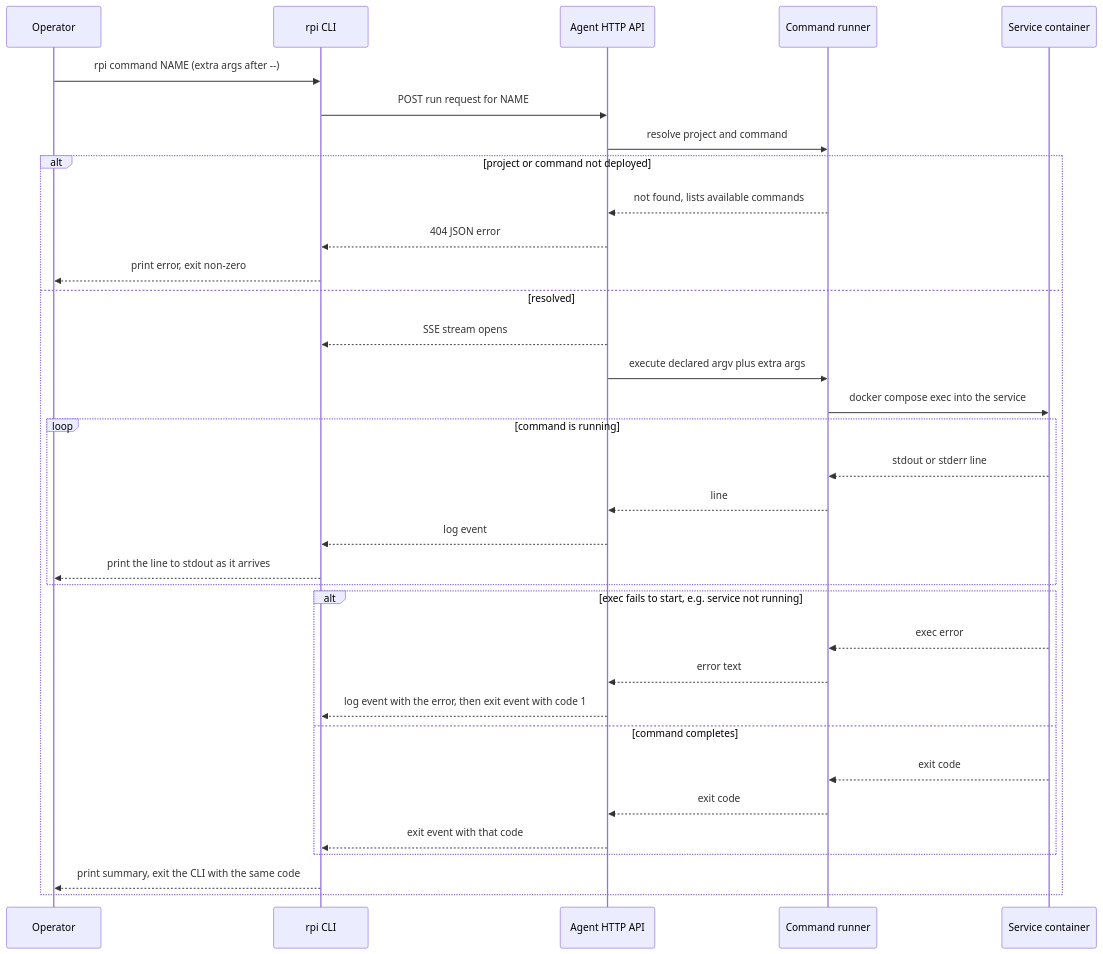
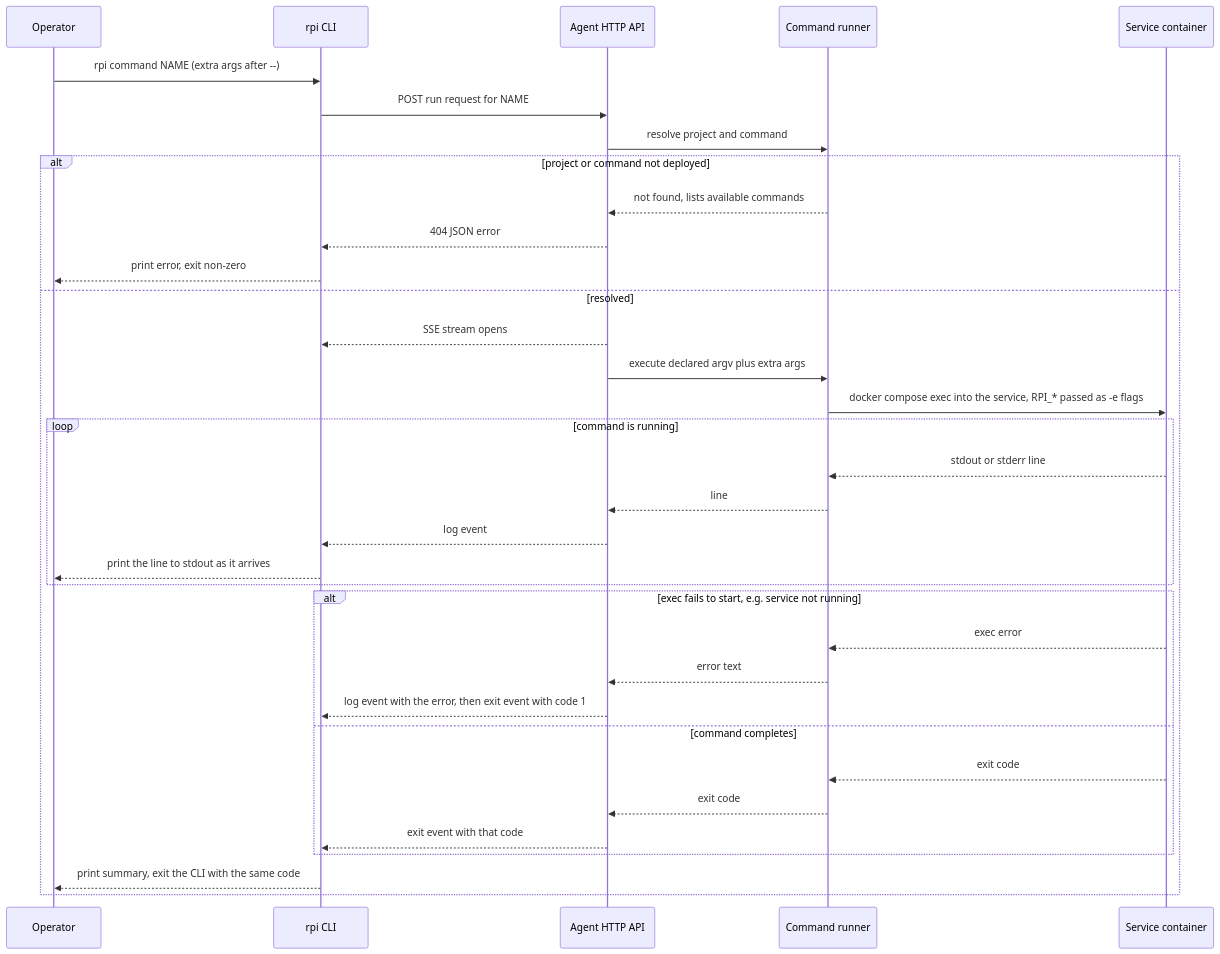
Before and after one commit to khmilevoi/pi-deploy: the diagram in docs/architecture/flows/commands.md, drawn with Mermaid. The commit also changed other lines of this file and 7 other files, not shown here.

````diff
--- a/docs/architecture/flows/commands.md
+++ b/docs/architecture/flows/commands.md
@@ -10,37 +10,37 @@
 ```mermaid
 sequenceDiagram
     participant Op as Operator
     participant CLI as rpi CLI
     participant Agent as Agent HTTP API
     participant Runner as Command runner
     participant Svc as Service container
 
     Op->>CLI: rpi command NAME (extra args after --)
     CLI->>Agent: POST run request for NAME
     Agent->>Runner: resolve project and command
     alt project or command not deployed
         Runner-->>Agent: not found, lists available commands
         Agent-->>CLI: 404 JSON error
         CLI-->>Op: print error, exit non-zero
     else resolved
         Agent-->>CLI: SSE stream opens
         Agent->>Runner: execute declared argv plus extra args
-        Runner->>Svc: docker compose exec into the service
+        Runner->>Svc: docker compose exec into the service, RPI_* passed as -e flags
         loop command is running
             Svc-->>Runner: stdout or stderr line
             Runner-->>Agent: line
             Agent-->>CLI: log event
             CLI-->>Op: print the line to stdout as it arrives
         end
         alt exec fails to start, e.g. service not running
             Svc-->>Runner: exec error
             Runner-->>Agent: error text
             Agent-->>CLI: log event with the error, then exit event with code 1
         else command completes
             Svc-->>Runner: exit code
             Runner-->>Agent: exit code
             Agent-->>CLI: exit event with that code
         end
         CLI-->>Op: print summary, exit the CLI with the same code
     end
 ```
````
